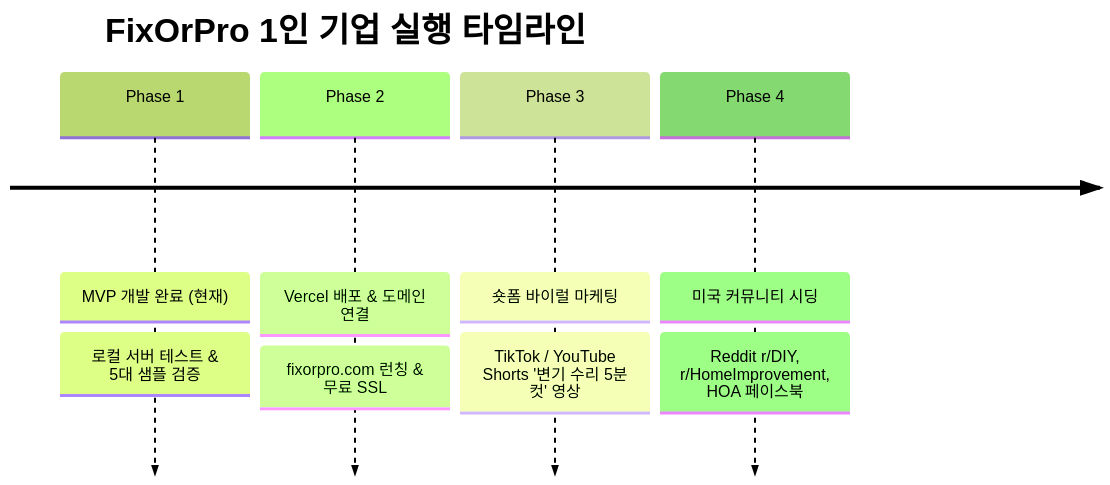
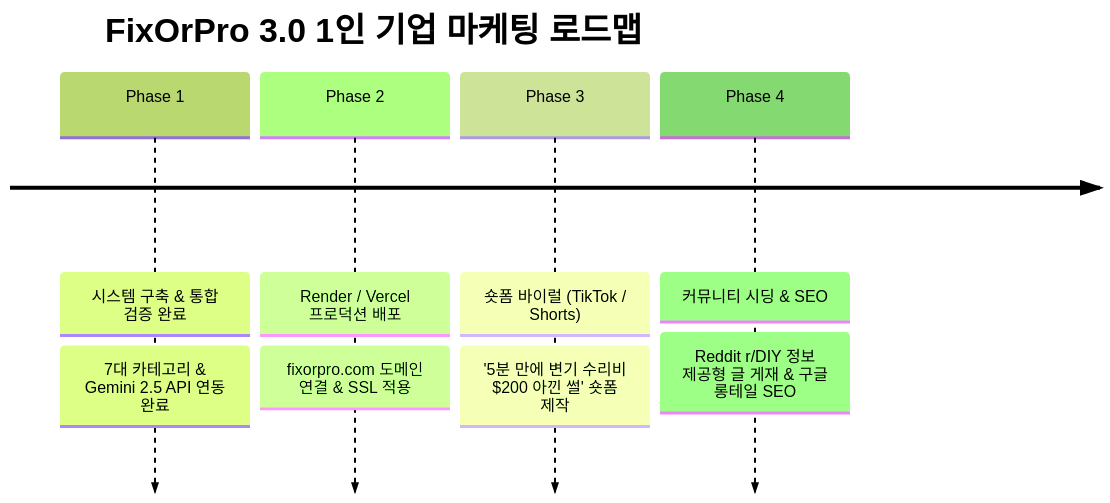
Before and after one commit to loveh2oandme-sudo/fixorpro: the third of 3 diagrams in FixOrPro_AI_1인기업_집수리_진단서비스.md, drawn with Mermaid (forest theme). The commit also changed other lines of this file, not shown here.

Commit message:
docs: update FixOrPro AI diagnostic service documentation

````diff
--- a/FixOrPro_AI_1인기업_집수리_진단서비스.md
+++ b/FixOrPro_AI_1인기업_집수리_진단서비스.md
@@ -101,8 +122,8 @@
 ```mermaid
 timeline
-    title FixOrPro 1인 기업 실행 타임라인
-    Phase 1 : MVP 개발 완료 (현재) : 로컬 서버 테스트 & 5대 샘플 검증
-    Phase 2 : Vercel 배포 & 도메인 연결 : fixorpro.com 런칭 & 무료 SSL
-    Phase 3 : 숏폼 바이럴 마케팅 : TikTok / YouTube Shorts '변기 수리 5분 컷' 영상
-    Phase 4 : 미국 커뮤니티 시딩 : Reddit r/DIY, r/HomeImprovement, HOA 페이스북
+    title FixOrPro 3.0 1인 기업 마케팅 로드맵
+    Phase 1 : 시스템 구축 & 통합 검증 완료 : 7대 카테고리 & Gemini 2.5 API 연동 완료
+    Phase 2 : Render / Vercel 프로덕션 배포 : fixorpro.com 도메인 연결 & SSL 적용
+    Phase 3 : 숏폼 바이럴 (TikTok / Shorts) : '5분 만에 변기 수리비 $200 아낀 썰' 숏폼 제작
+    Phase 4 : 커뮤니티 시딩 & SEO : Reddit r/DIY 정보 제공형 글 게재 & 구글 롱테일 SEO
 ```
````
